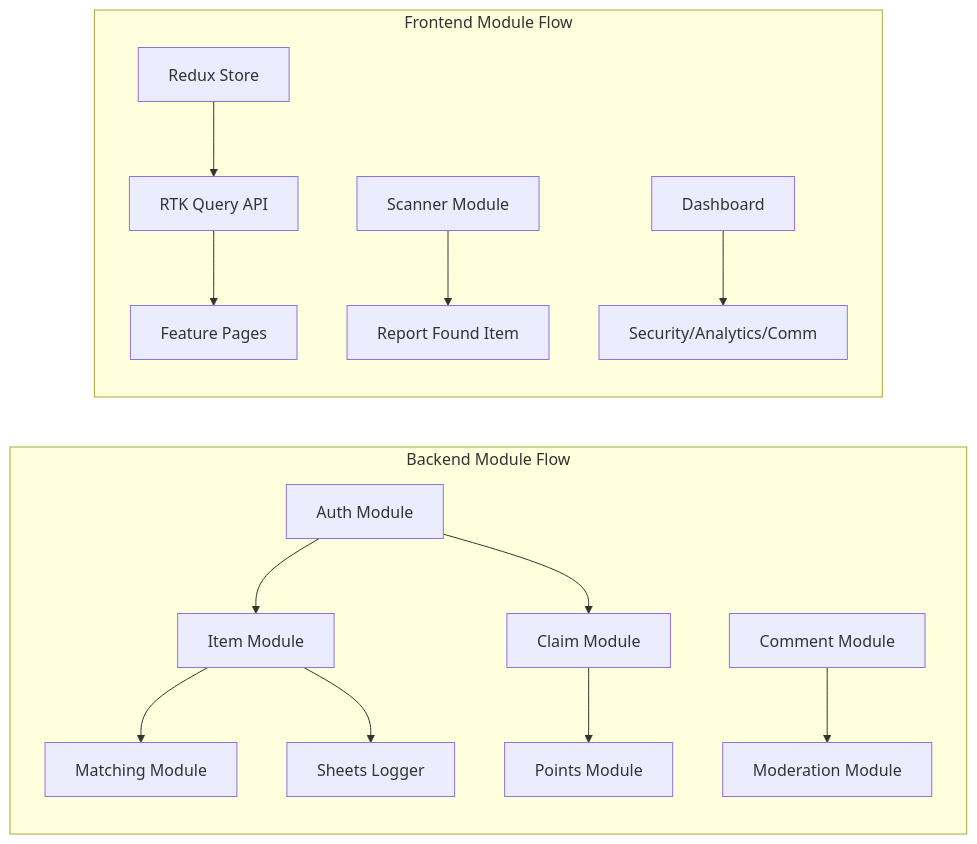
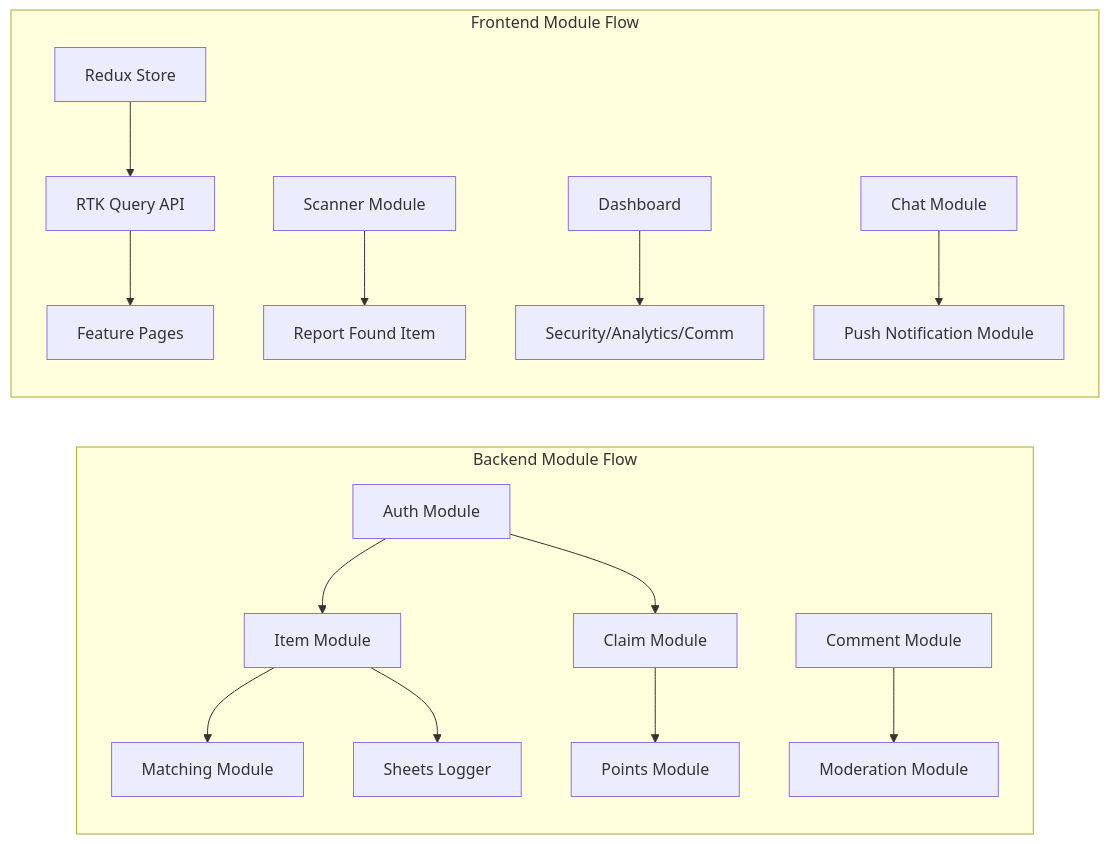
One commit to Giancyril/Lost-and-Found changed the second of 2 diagrams in README.md. Above: the diagram before and after it, drawn with Mermaid. The commit also changed other lines of this file and 2 other files, not shown here.

````diff
--- a/README.md
+++ b/README.md
@@ -236,18 +251,19 @@
 ```mermaid
 graph LR
     subgraph BE_Deps ["Backend Module Flow"]
         Auth[Auth Module] --> Items[Item Module]
         Auth --> Claims[Claim Module]
         Items --> Match[Matching Module]
         Items --> Sheets[Sheets Logger]
         Claims --> Points[Points Module]
         Comments[Comment Module] --> Mod[Moderation Module]
     end
 
     subgraph FE_Deps ["Frontend Module Flow"]
         Store[Redux Store] --> API[RTK Query API]
         API --> Pages[Feature Pages]
         Scanner[Scanner Module] --> Report[Report Found Item]
         Dashboard[Dashboard] --> SubMods[Security/Analytics/Comm]
+        Chat[Chat Module] --> Push[Push Notification Module]
     end
 ```
````
